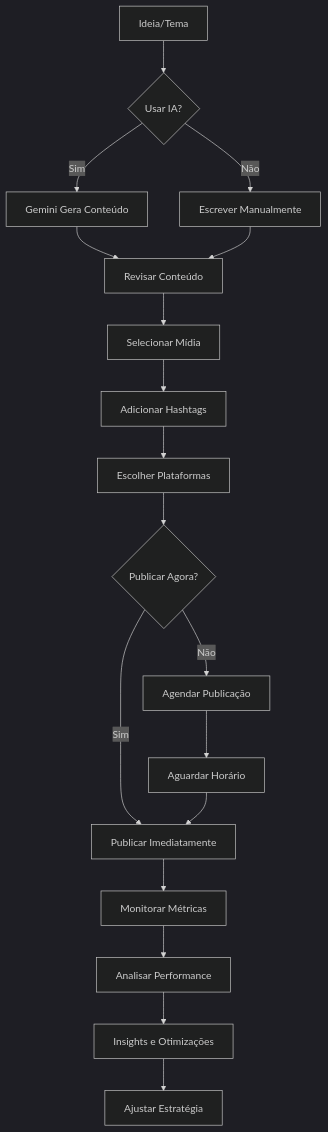
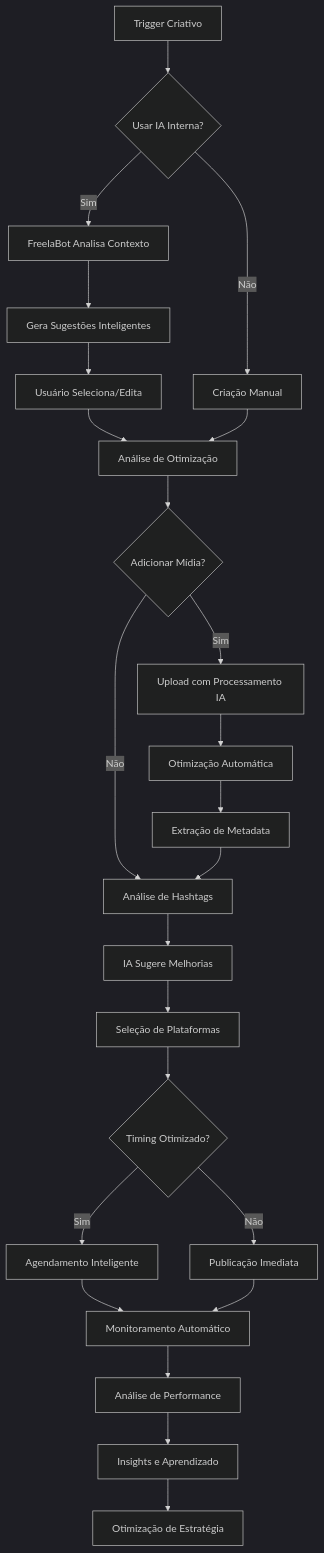
One commit to mathfrancisco/FreelaHub changed the fourth of 5 diagrams in README.md. Above: the diagram before and after it, drawn with Mermaid (dark theme). The commit also changed other lines of this file, not shown here.

````diff
--- a/README.md
+++ b/README.md
@@ -543,26 +657,33 @@
 ```mermaid
 graph TD
-    A[Ideia/Tema] --> B{Usar IA?}
-    B -->|Sim| C[Gemini Gera Conteúdo]
-    B -->|Não| D[Escrever Manualmente]
+    A[Trigger Criativo] --> B{Usar IA Interna?}
+    B -->|Sim| C[FreelaBot Analisa Contexto]
+    B -->|Não| D[Criação Manual]
 
-    C --> E[Revisar Conteúdo]
-    D --> E
+    C --> E[Gera Sugestões Inteligentes]
+    E --> F[Usuário Seleciona/Edita]
+    F --> G[Análise de Otimização]
+    D --> G
 
-    E --> F[Selecionar Mídia]
-    F --> G[Adicionar Hashtags]
-    G --> H[Escolher Plataformas]
-    H --> I{Publicar Agora?}
+    G --> H{Adicionar Mídia?}
+    H -->|Sim| I[Upload com Processamento IA]
+    H -->|Não| J[Análise de Hashtags]
+    
+    I --> K[Otimização Automática]
+    K --> L[Extração de Metadata]
+    L --> J
 
-    I -->|Sim| J[Publicar Imediatamente]
-    I -->|Não| K[Agendar Publicação]
+    J --> M[IA Sugere Melhorias]
+    M --> N[Seleção de Plataformas]
+    N --> O{Timing Otimizado?}
 
-    J --> L[Monitorar Métricas]
-    K --> M[Aguardar Horário]
-    M --> J
+    O -->|Sim| P[Agendamento Inteligente]
+    O -->|Não| Q[Publicação Imediata]
 
-    L --> N[Analisar Performance]
-    N --> O[Insights e Otimizações]
-    O --> P[Ajustar Estratégia]
+    P --> R[Monitoramento Automático]
+    Q --> R
 
+    R --> S[Análise de Performance]
+    S --> T[Insights e Aprendizado]
+    T --> U[Otimização de Estratégia]
 ```
````
